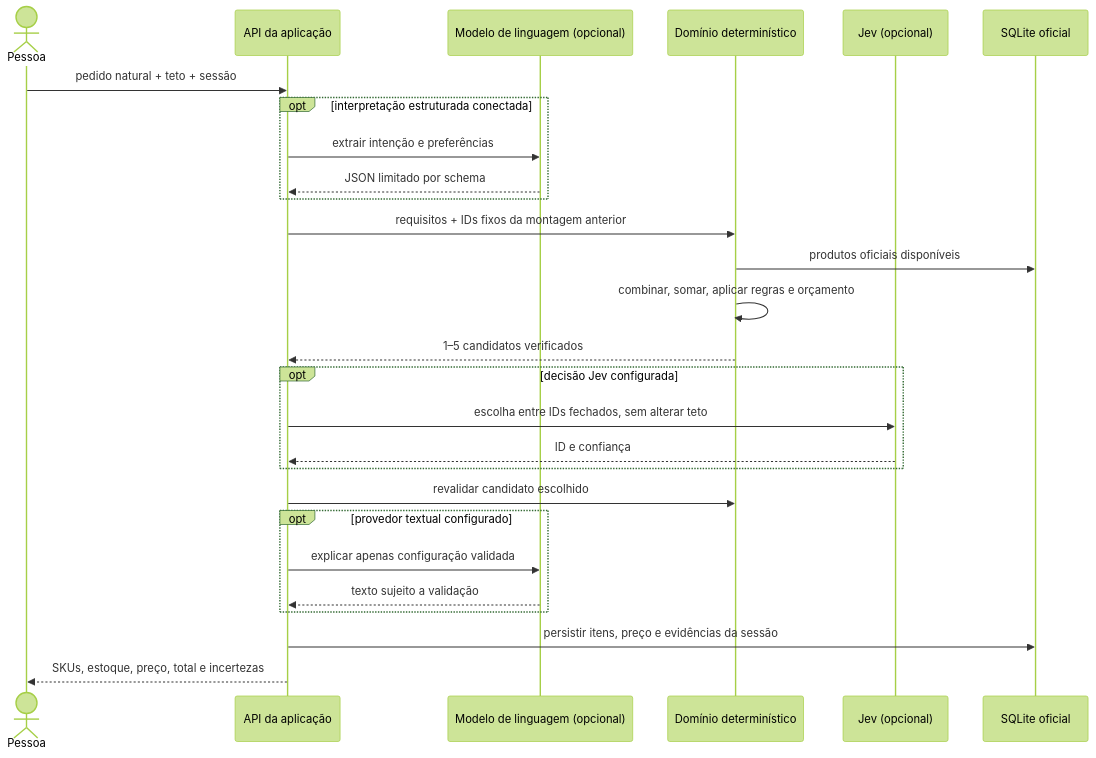
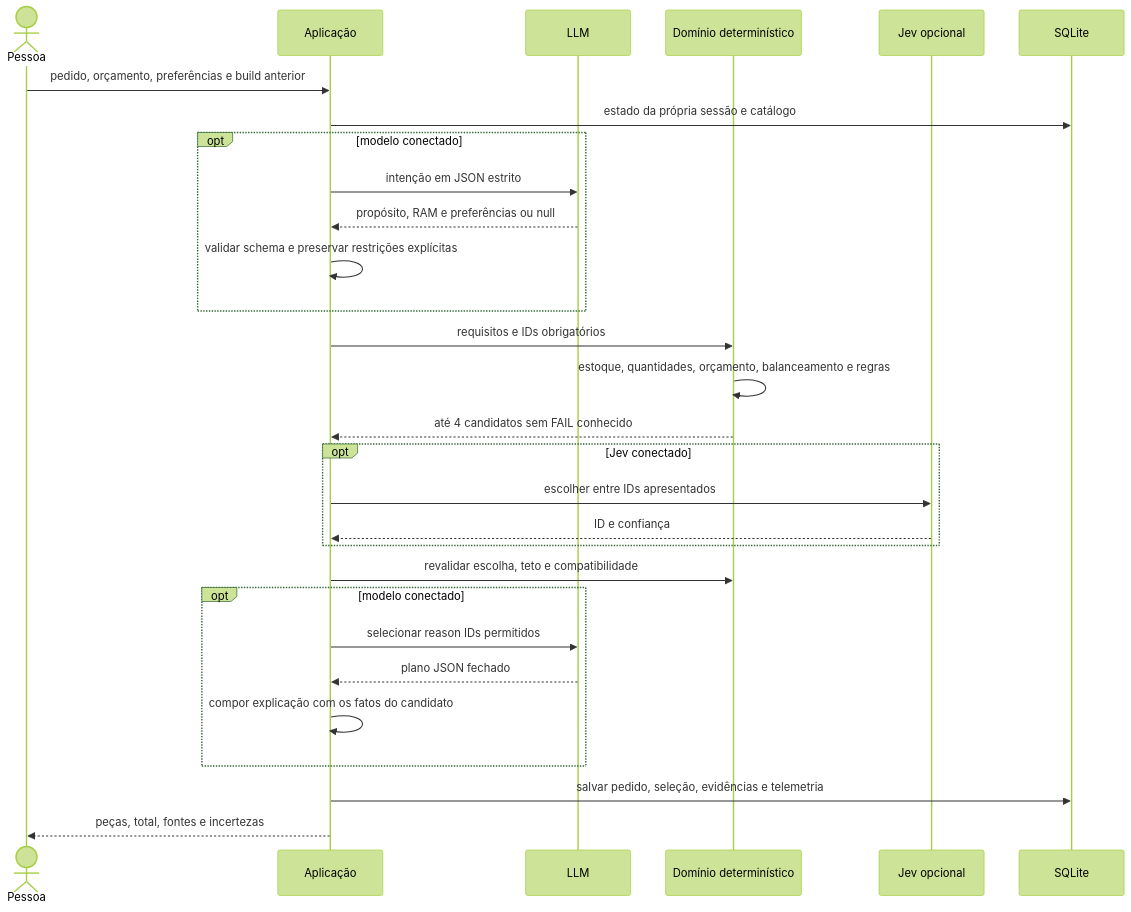
The second of 3 diagrams in docs/ARCHITECTURE.md (dougdotcon/setup-ninja-lab-chatbot), drawn with Mermaid (forest theme) before and after one commit. The commit also changed other lines of this file and 4 other files, not shown here.

````diff
--- a/docs/ARCHITECTURE.md
+++ b/docs/ARCHITECTURE.md
@@ -24,29 +38,31 @@
 ```mermaid
 sequenceDiagram
   actor U as Pessoa
-  participant API as API da aplicação
-  participant L as Modelo de linguagem (opcional)
+  participant A as Aplicação
+  participant L as LLM
   participant D as Domínio determinístico
-  participant J as Jev (opcional)
-  participant DB as SQLite oficial
-  U->>API: pedido natural + teto + sessão
-  opt interpretação estruturada conectada
-    API->>L: extrair intenção e preferências
-    L-->>API: JSON limitado por schema
+  participant J as Jev opcional
+  participant DB as SQLite
+  U->>A: pedido, orçamento, preferências e build anterior
+  A->>DB: estado da própria sessão e catálogo
+  opt modelo conectado
+    A->>L: intenção em JSON estrito
+    L-->>A: propósito, RAM e preferências ou null
+    A->>A: validar schema e preservar restrições explícitas
   end
-  API->>D: requisitos + IDs fixos da montagem anterior
-  D->>DB: produtos oficiais disponíveis
-  D->>D: combinar, somar, aplicar regras e orçamento
-  D-->>API: 1–5 candidatos verificados
-  opt decisão Jev configurada
-    API->>J: escolha entre IDs fechados, sem alterar teto
-    J-->>API: ID e confiança
+  A->>D: requisitos e IDs obrigatórios
+  D->>D: estoque, quantidades, orçamento, balanceamento e regras
+  D-->>A: até 4 candidatos sem FAIL conhecido
+  opt Jev conectado
+    A->>J: escolher entre IDs apresentados
+    J-->>A: ID e confiança
   end
-  API->>D: revalidar candidato escolhido
-  opt provedor textual configurado
-    API->>L: explicar apenas configuração validada
-    L-->>API: texto sujeito a validação
+  A->>D: revalidar escolha, teto e compatibilidade
+  opt modelo conectado
+    A->>L: selecionar reason IDs permitidos
+    L-->>A: plano JSON fechado
+    A->>A: compor explicação com os fatos do candidato
   end
-  API->>DB: persistir itens, preço e evidências da sessão
-  API-->>U: SKUs, estoque, preço, total e incertezas
+  A->>DB: salvar pedido, seleção, evidências e telemetria
+  A-->>U: peças, total, fontes e incertezas
 ```
````
